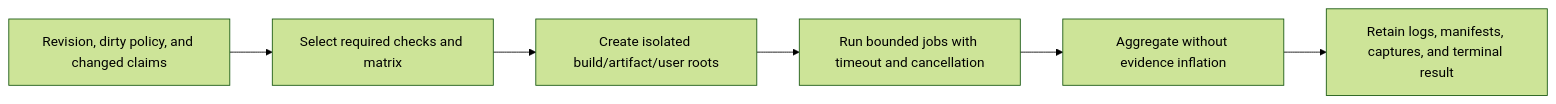
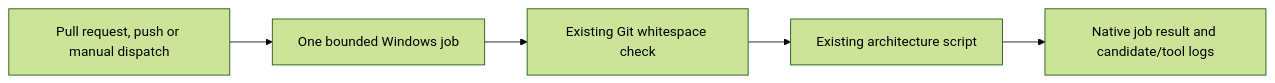
Before and after one commit to LisowskiPawel/SparkleEngine: the second of 2 diagrams in Docs/Architecture/Modules/BuildAndPackaging/BuildAndPackagingCapabilities.md, drawn with Mermaid (forest theme). The commit also changed other lines of this file and 132 other files, not shown here.

````diff
--- a/Docs/Architecture/Modules/BuildAndPackaging/BuildAndPackagingCapabilities.md
+++ b/Docs/Architecture/Modules/BuildAndPackaging/BuildAndPackagingCapabilities.md
@@ -290,8 +292,7 @@
 ```mermaid
 flowchart LR
-    Change[Revision, dirty policy, and changed claims] --> Select[Select required checks and matrix]
-    Select --> Isolate[Create isolated build/artifact/user roots]
-    Isolate --> Run[Run bounded jobs with timeout and cancellation]
-    Run --> Aggregate[Aggregate without evidence inflation]
-    Aggregate --> Retain[Retain logs, manifests, captures, and terminal result]
+    Change[Pull request, push or manual dispatch] --> Job[One bounded Windows job]
+    Job --> Git[Existing Git whitespace check]
+    Git --> Boundary[Existing architecture script]
+    Boundary --> Result[Native job result and candidate/tool logs]
 ```
````
